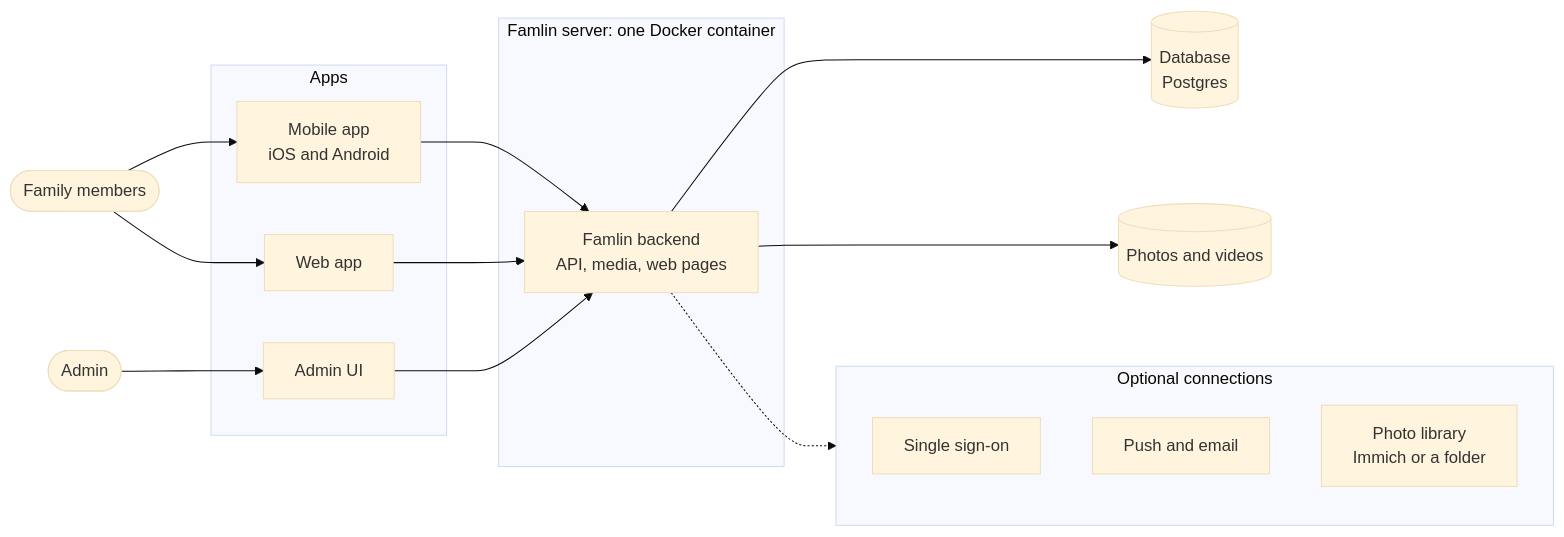
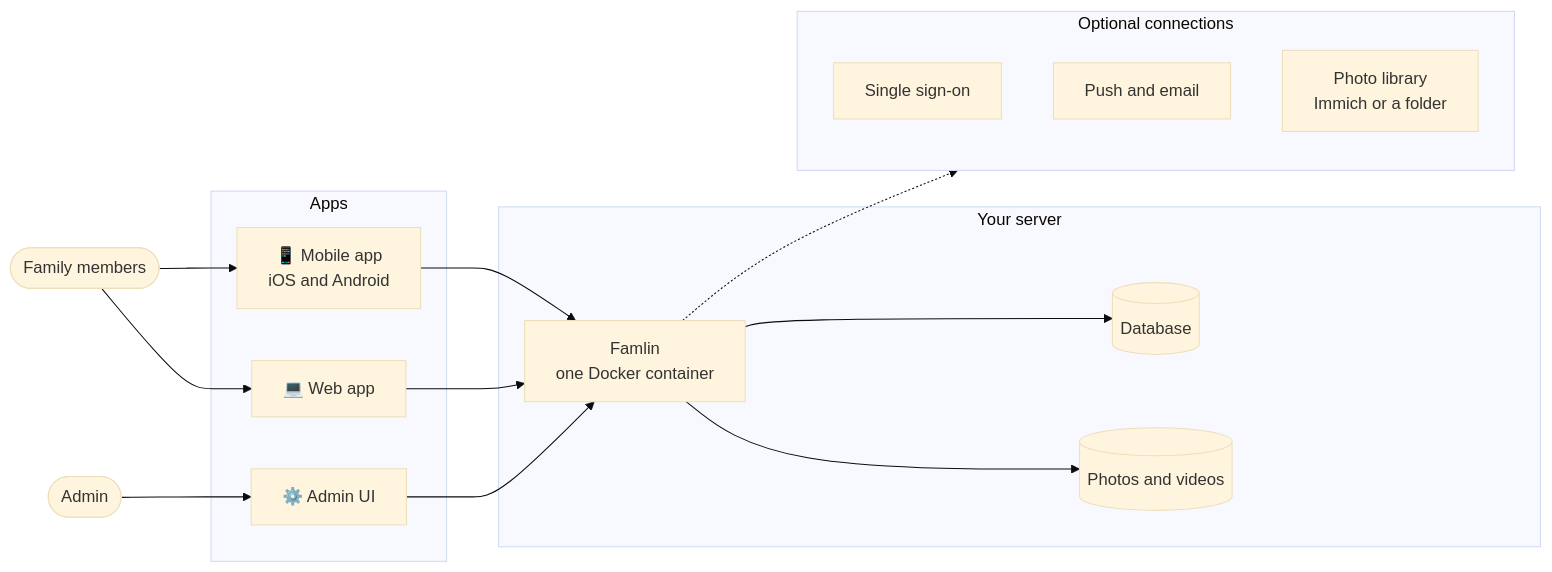
The first of 2 diagrams in docs/developers/architecture.md (TimVanOnckelen/famlin), drawn with Mermaid (base theme) before and after one commit. The commit also changed other lines of this file and 2 other files, not shown here.

First line of the commit message:
docs: Famlin-styled architecture diagrams, add server overview

````diff
--- a/docs/developers/architecture.md
+++ b/docs/developers/architecture.md
@@ -20,34 +20,34 @@
 ```mermaid
 flowchart LR
-  family(["Family members"])
-  admin(["Admin"])
+  family(["Family members"]):::people
+  admin(["Admin"]):::people
 
   subgraph apps["Apps"]
-    mobile["Mobile app<br/>iOS and Android"]
-    web["Web app"]
-    adminui["Admin UI"]
+    mobile["📱 Mobile app<br/>iOS and Android"]:::app
+    web["💻 Web app"]:::app
+    adminui["⚙️ Admin UI"]:::app
   end
 
-  subgraph server["Famlin server: one Docker container"]
-    backend["Famlin backend<br/>API, media, web pages"]
+  subgraph server["Your server"]
+    backend["Famlin<br/>one Docker container"]:::server
+    db[("Database")]:::store
+    files[("Photos and videos")]:::store
   end
 
-  db[("Database<br/>Postgres")]
-  files[("Photos and videos")]
-
   subgraph optional["Optional connections"]
-    login["Single sign-on"]
-    notify["Push and email"]
-    photos["Photo library<br/>Immich or a folder"]
+    login["Single sign-on"]:::optional
+    notify["Push and email"]:::optional
+    photos["Photo library<br/>Immich or a folder"]:::optional
   end
 
   family --> mobile
   family --> web
   admin --> adminui
   mobile --> backend
   web --> backend
   adminui --> backend
   backend --> db
   backend --> files
   backend -.-> optional
+
 ```
````
